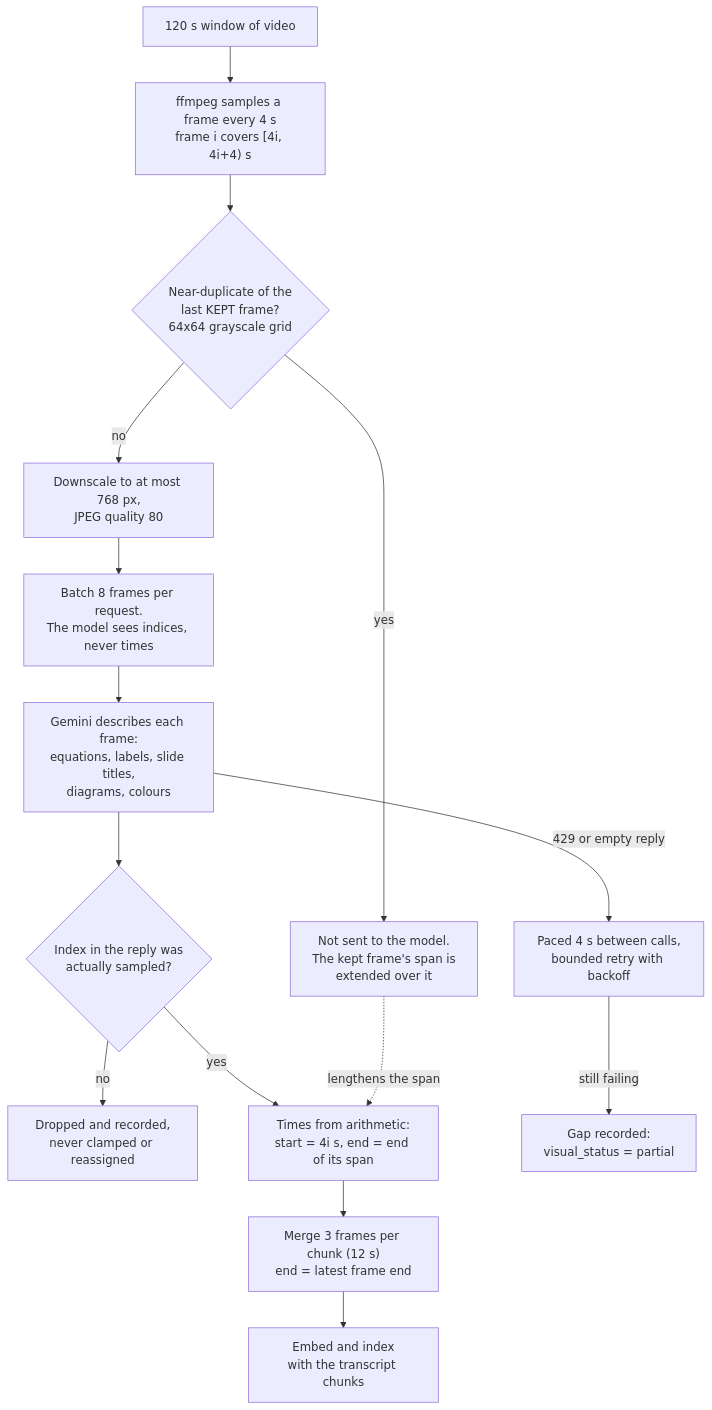
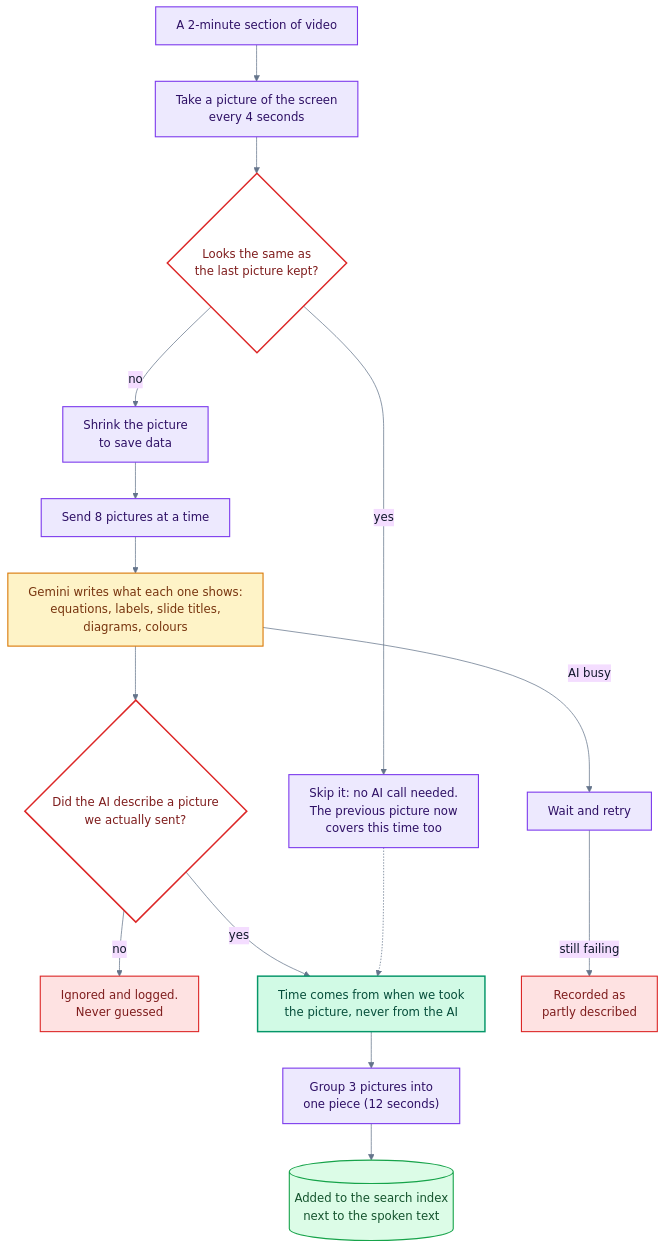
Before and after one commit to Nanu69-batman/ailearn: the fourth of 9 diagrams in submission/ARCHITECTURE.md, drawn with Mermaid. The commit also changed other lines of this file and 23 other files, not shown here.

First line of the commit message:
docs(submission): plain-language diagrams, Developer view, current numbers

````diff
--- a/submission/ARCHITECTURE.md
+++ b/submission/ARCHITECTURE.md
@@ -123,17 +196,26 @@
 ```mermaid
+%%{init: {"theme": "base", "fontFamily": "Arial, Helvetica, sans-serif", "themeVariables": {"fontSize": "16px", "fontFamily": "Arial, Helvetica, sans-serif", "lineColor": "#64748b", "primaryTextColor": "#0f172a"}, "flowchart": {"curve": "basis", "padding": 14, "wrappingWidth": 340}}}%%
 flowchart TD
-  W["120 s window of video"] --> S["ffmpeg samples a frame every 4 s<br/>frame i covers [4i, 4i+4) s"]
-  S --> D{"Near-duplicate of the<br/>last KEPT frame?<br/>64x64 grayscale grid"}
-  D -->|"yes"| X["Not sent to the model.<br/>The kept frame's span is<br/>extended over it"]
-  D -->|"no"| R["Downscale to at most 768 px,<br/>JPEG quality 80"]
-  R --> B["Batch 8 frames per request.<br/>The model sees indices, never times"]
-  B --> P["Gemini describes each frame:<br/>equations, labels, slide titles,<br/>diagrams, colours"]
-  P --> CHK{"Index in the reply was<br/>actually sampled?"}
-  CHK -->|"no"| DROP["Dropped and recorded,<br/>never clamped or reassigned"]
-  CHK -->|"yes"| T["Times from arithmetic:<br/>start = 4i s, end = end of its span"]
-  P -->|"429 or empty reply"| RT["Paced 4 s between calls,<br/>bounded retry with backoff"]
-  RT -->|"still failing"| GAP["Gap recorded:<br/>visual_status = partial"]
-  X -.->|"lengthens the span"| T
-  T --> M["Merge 3 frames per chunk (12 s)<br/>end = latest frame end"]
-  M --> E["Embed and index<br/>with the transcript chunks"]
+  W["A 2-minute section of video"]:::server --> S["Take a picture of the screen<br/>every 4 seconds"]:::server
+  S --> D{"Looks the same as<br/>the last picture kept?"}:::check
+  D -->|"yes"| X["Skip it: no AI call needed.<br/>The previous picture now<br/>covers this time too"]:::server
+  D -->|"no"| R["Shrink the picture<br/>to save data"]:::server
+  R --> B["Send 8 pictures at a time"]:::server
+  B --> P["Gemini writes what each one shows:<br/>equations, labels, slide titles,<br/>diagrams, colours"]:::ai
+  P --> CHK{"Did the AI describe a picture<br/>we actually sent?"}:::check
+  CHK -->|"no"| DROP["Ignored and logged.<br/>Never guessed"]:::stop
+  CHK -->|"yes"| TS["Time comes from when we took<br/>the picture, never from the AI"]:::good
+  P -->|"AI busy"| RT["Wait and retry"]:::server
+  RT -->|"still failing"| GAP["Recorded as<br/>partly described"]:::stop
+  X -.-> TS
+  TS --> M["Group 3 pictures into<br/>one piece (12 seconds)"]:::server
+  M --> E[("Added to the search index<br/>next to the spoken text")]:::store
+
+  classDef person fill:#e0f2fe,stroke:#0284c7,color:#0c4a6e,stroke-width:1.5px
+  classDef server fill:#ede9fe,stroke:#7c3aed,color:#2e1065,stroke-width:1.5px
+  classDef ai fill:#fef3c7,stroke:#d97706,color:#78350f,stroke-width:1.5px
+  classDef store fill:#dcfce7,stroke:#16a34a,color:#14532d,stroke-width:1.5px
+  classDef check fill:#ffffff,stroke:#dc2626,color:#7f1d1d,stroke-width:2px
+  classDef good fill:#d1fae5,stroke:#059669,color:#064e3b,stroke-width:2px
+  classDef stop fill:#fee2e2,stroke:#dc2626,color:#7f1d1d,stroke-width:1.5px
 ```
````
